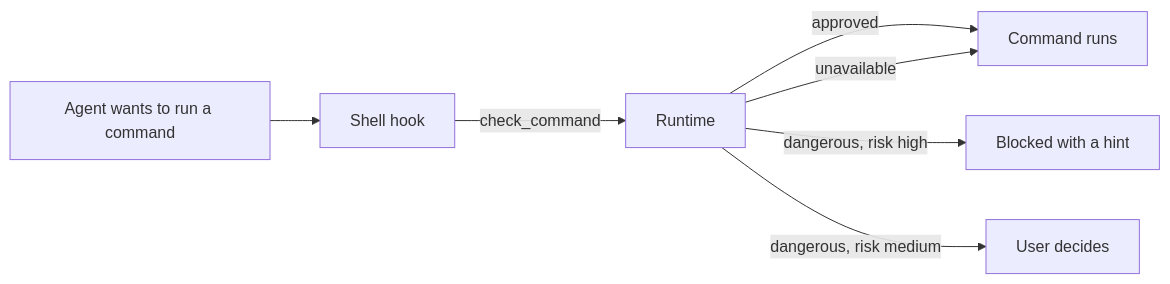
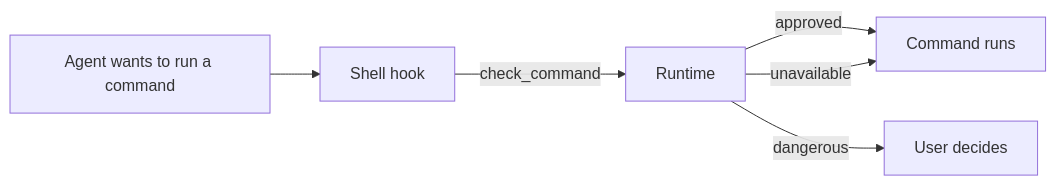
One commit to patronus-protect/patronus-security-cli changed the ninth of 9 diagrams in docs/runtime-flows.md. Above: the diagram before and after it, drawn with Mermaid. The commit also changed other lines of this file and 20 other files, not shown here.

First line of the commit message:
Shell gate: ask before risky commands, never block on its own

````diff
--- a/docs/runtime-flows.md
+++ b/docs/runtime-flows.md
@@ -316,9 +316,8 @@
 ```mermaid
 flowchart LR
   C[Agent wants to run a command] --> K[Shell hook]
   K -->|check_command| R[Runtime]
   R -->|approved| RUN[Command runs]
   R -->|unavailable| RUN
-  R -->|dangerous, risk high| BLOCK[Blocked with a hint]
-  R -->|dangerous, risk medium| ASK[User decides]
+  R -->|dangerous| ASK[User decides]
 ```
````
